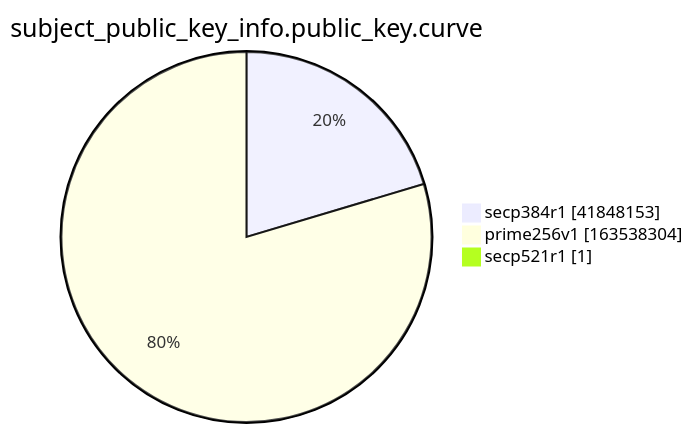
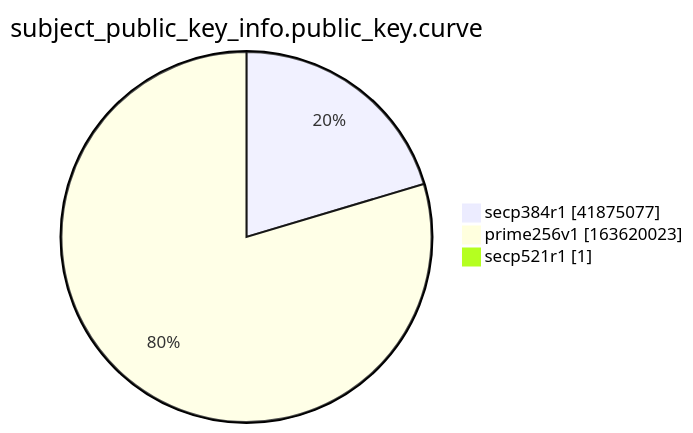
Before and after one commit to christiankrug/ctmonitor_visualization: the ninth of 15 diagrams in xenon2022/README.md, drawn with Mermaid. The commit also changed other lines of this file, not shown here.

````diff
--- a/xenon2022/README.md
+++ b/xenon2022/README.md
@@ -2869,7 +2869,7 @@
 ```mermaid
 pie showData
 title subject_public_key_info.public_key.curve
-"secp384r1" :41848153
-"prime256v1" :163538304
+"secp384r1" :41875077
+"prime256v1" :163620023
 "secp521r1" :1
 ```
````
